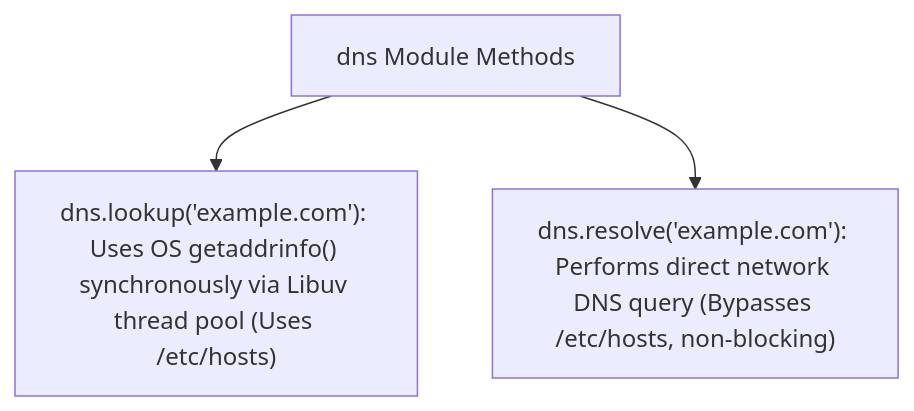
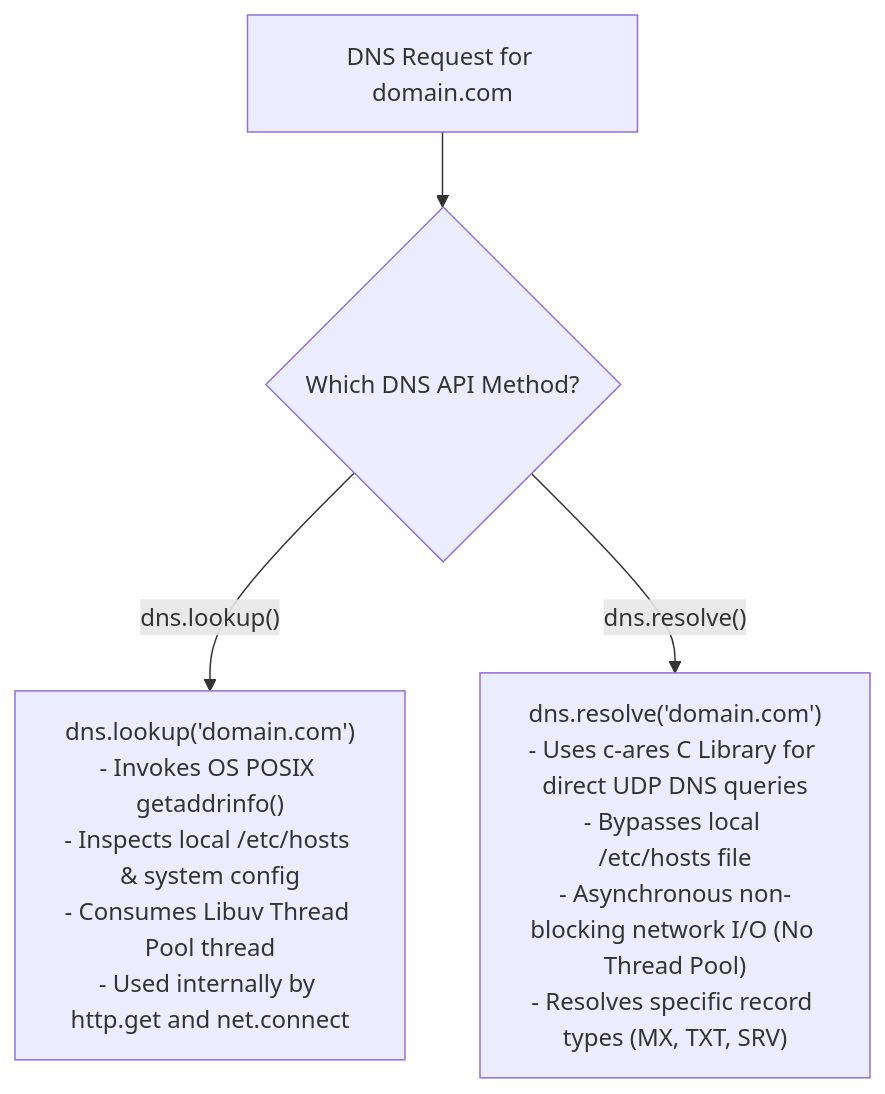
One commit to Amie-dev/engineering-playbook changed the first of 2 diagrams in nodejs-notes/24-dns-module.md. Above: the diagram before and after it, drawn with Mermaid. The commit also changed other lines of this file and 32 other files, not shown here.

````diff
--- a/nodejs-notes/24-dns-module.md
+++ b/nodejs-notes/24-dns-module.md
@@ -10,5 +13,8 @@
 ```mermaid
-graph TD
-    DNS[dns Module Methods] --> Lookup["dns.lookup('example.com'): Uses OS getaddrinfo() synchronously via Libuv thread pool (Uses /etc/hosts)"]
-    DNS --> Resolve["dns.resolve('example.com'): Performs direct network DNS query (Bypasses /etc/hosts, non-blocking)"]
+flowchart TD
+    DNSCall[DNS Request for domain.com] --> MethodCheck{Which DNS API Method?}
+    
+    MethodCheck -- dns.lookup() --> OSPath["dns.lookup('domain.com')<br/>- Invokes OS POSIX getaddrinfo()<br/>- Inspects local /etc/hosts & system config<br/>- Consumes Libuv Thread Pool thread<br/>- Used internally by http.get and net.connect"]
+
+    MethodCheck -- dns.resolve() --> NetworkPath["dns.resolve('domain.com')<br/>- Uses c-ares C Library for direct UDP DNS queries<br/>- Bypasses local /etc/hosts file<br/>- Asynchronous non-blocking network I/O (No Thread Pool)<br/>- Resolves specific record types (MX, TXT, SRV)"]
 ```
````
